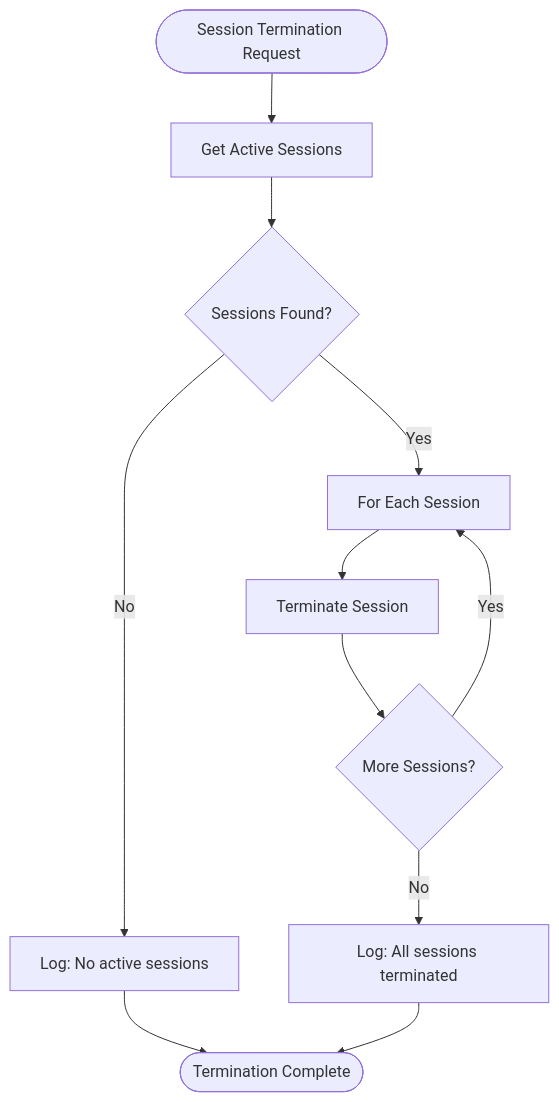
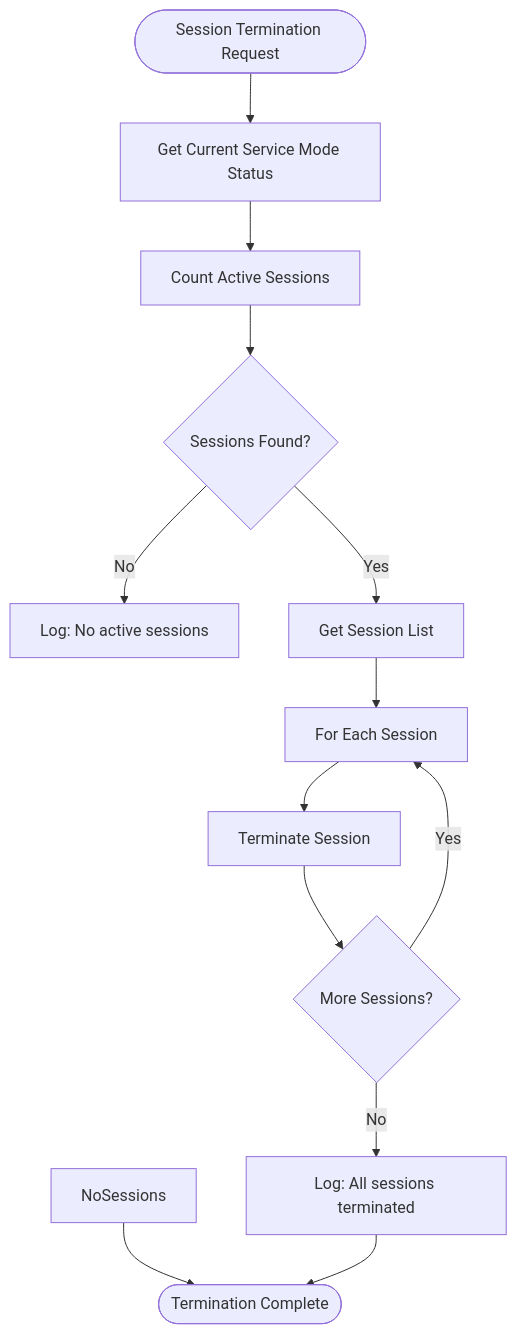
Before and after one commit to Kargones/apk-ci: the third of 3 diagrams in .qoder/repowiki/en/content/Command Reference/Service Mode Commands/Enable Service Mode.md, drawn with Mermaid. The commit also changed other lines of this file and 2036 other files, not shown here.

````diff
--- a/.qoder/repowiki/en/content/Command Reference/Service Mode Commands/Enable Service Mode.md
+++ b/.qoder/repowiki/en/content/Command Reference/Service Mode Commands/Enable Service Mode.md
@@ -384,13 +544,15 @@
 ```mermaid
 flowchart TD
-Start([Session Termination Request]) --> GetSessions["Get Active Sessions"]
-GetSessions --> HasSessions{"Sessions Found?"}
-HasSessions --> |No| NoSessions["Log: No active sessions"]
-HasSessions --> |Yes| LoopSessions["For Each Session"]
+Start([Session Termination Request]) --> GetStatus["Get Current Service Mode Status"]
+GetStatus --> CountSessions["Count Active Sessions"]
+CountSessions --> HasSessions{"Sessions Found?"}
+HasSessions --> |No| LogNoSessions["Log: No active sessions"]
+HasSessions --> |Yes| GetSessions["Get Session List"]
+GetSessions --> LoopSessions["For Each Session"]
 LoopSessions --> TerminateSession["Terminate Session"]
 TerminateSession --> NextSession{"More Sessions?"}
 NextSession --> |Yes| LoopSessions
 NextSession --> |No| LogSuccess["Log: All sessions terminated"]
 NoSessions --> End([Termination Complete])
 LogSuccess --> End
 ```
````
